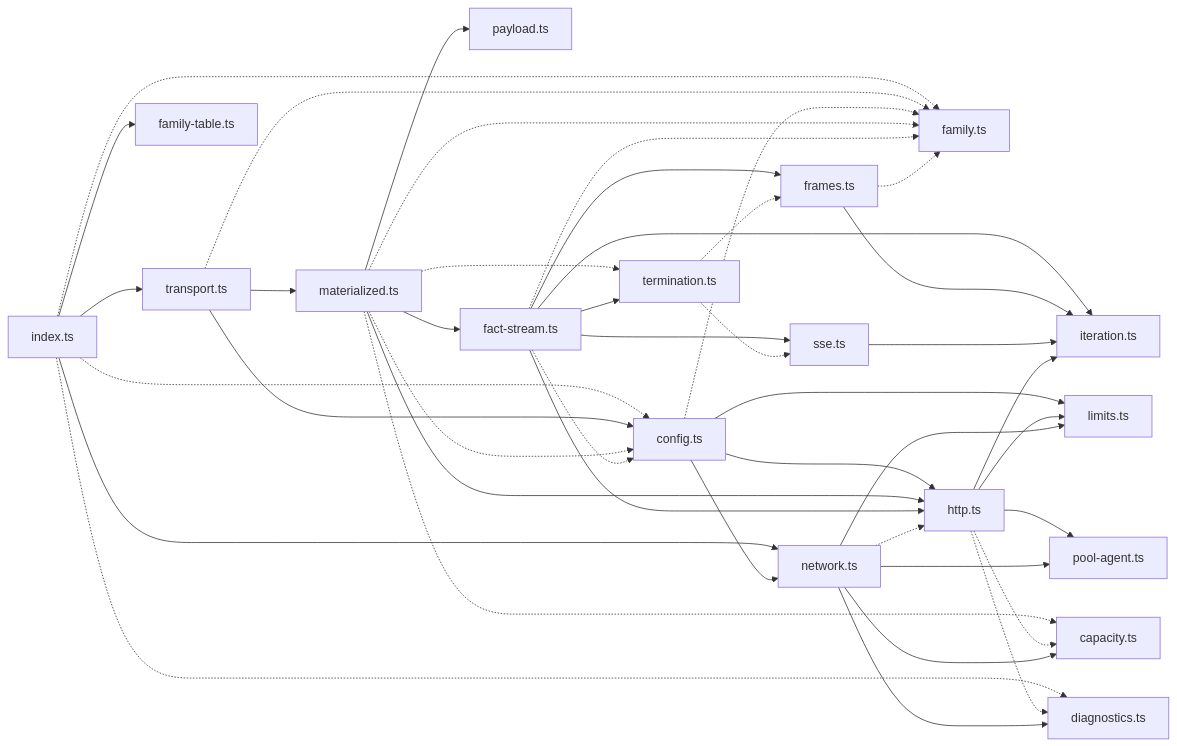
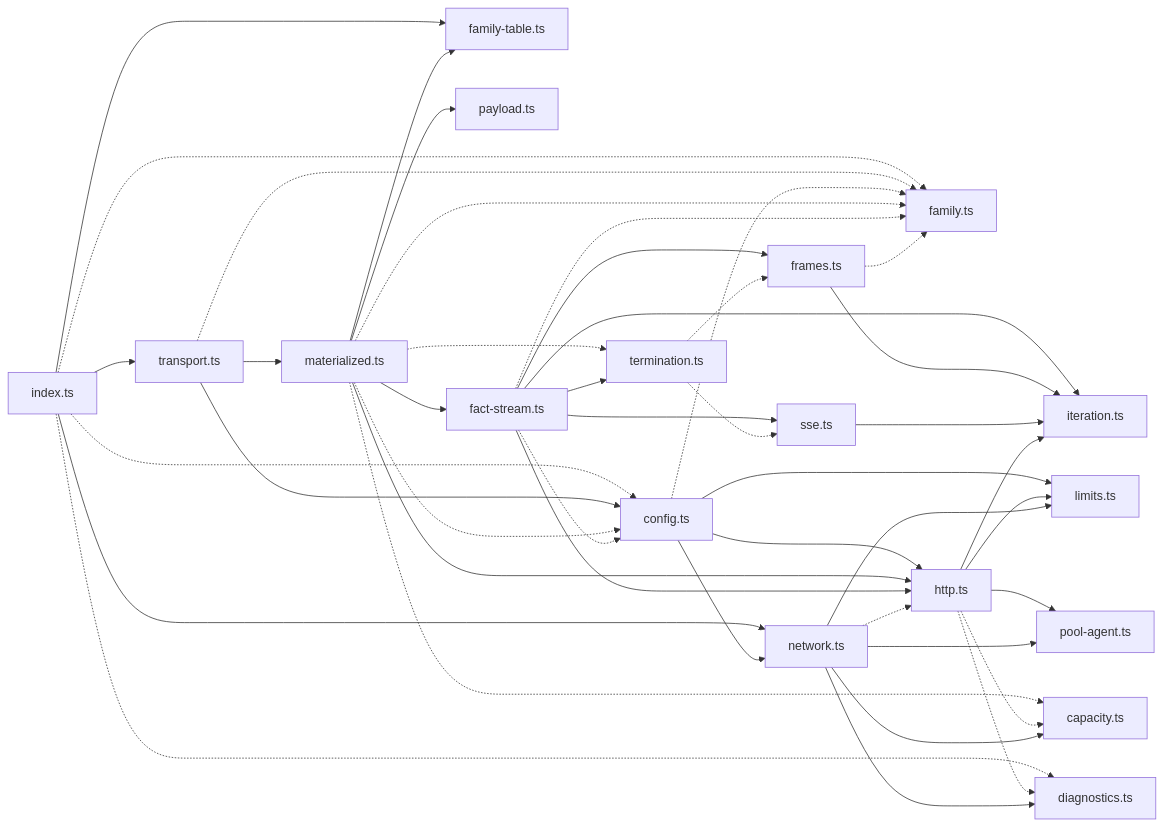
The first of 6 diagrams in packages/model/pi-ai-transport/docs/architecture.md (nemori-ai/omne-harness-lite), drawn with Mermaid before and after one commit. The commit also changed other lines of this file and 7 other files, not shown here.

````diff
--- a/packages/model/pi-ai-transport/docs/architecture.md
+++ b/packages/model/pi-ai-transport/docs/architecture.md
@@ -49,45 +49,46 @@
 ```mermaid
 flowchart LR
   index[index.ts] --> transport[transport.ts]
   index --> network[network.ts]
   index --> table[family-table.ts]
   index -.-> family[family.ts]
   index -.-> config[config.ts]
   index -.-> diagnostics[diagnostics.ts]
   transport --> config
   transport --> materialized[materialized.ts]
   transport -.-> family
   config --> http[http.ts]
   config --> limits[limits.ts]
   config --> network
   config -.-> family
   materialized --> payload[payload.ts]
   materialized --> facts[fact-stream.ts]
   materialized --> http
+  materialized --> table
   materialized -.-> capacity[capacity.ts]
   materialized -.-> config
   materialized -.-> family
   materialized -.-> termination[termination.ts]
   facts --> sse[sse.ts]
   facts --> frames[frames.ts]
   facts --> http
   facts --> iteration[iteration.ts]
   facts --> termination
   facts -.-> config
   facts -.-> family
   termination -.-> frames
   termination -.-> sse
   frames --> iteration
   frames -.-> family
   sse --> iteration
   http --> iteration
   http --> limits
   http --> pool[pool-agent.ts]
   http -.-> capacity
   http -.-> diagnostics
   network --> capacity
   network --> diagnostics
   network --> limits
   network --> pool
   network -.-> http
 ```
````
